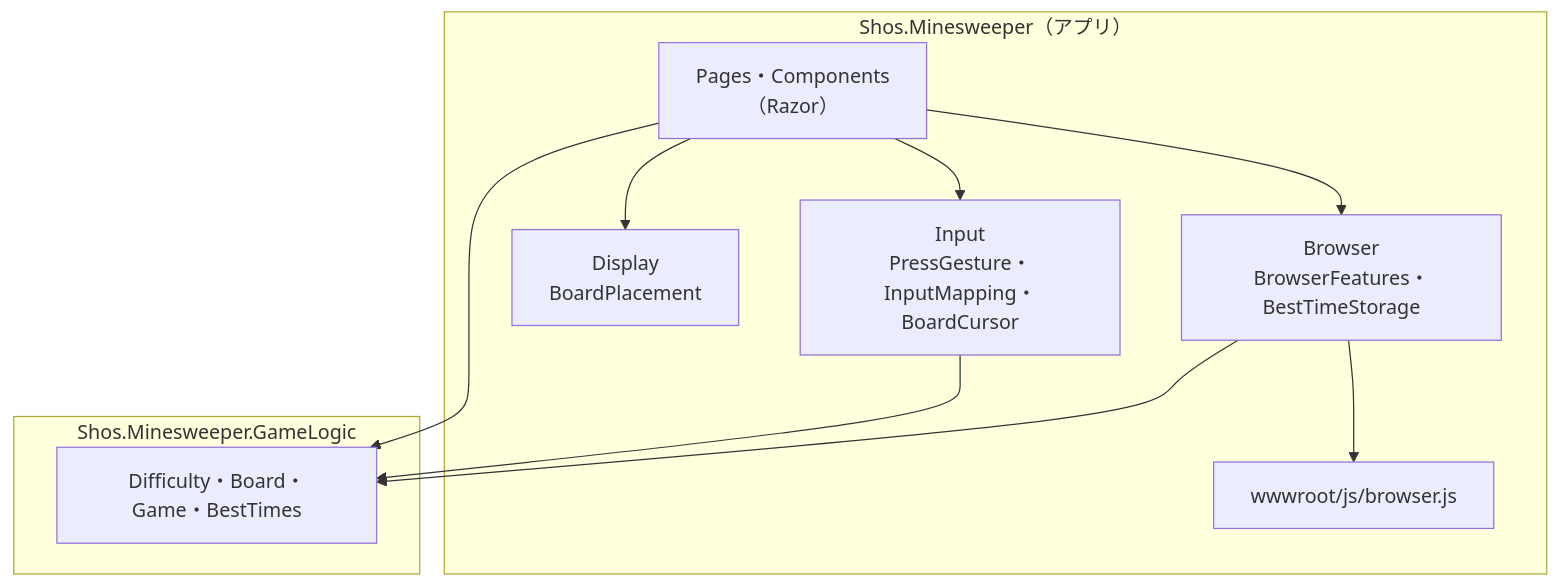
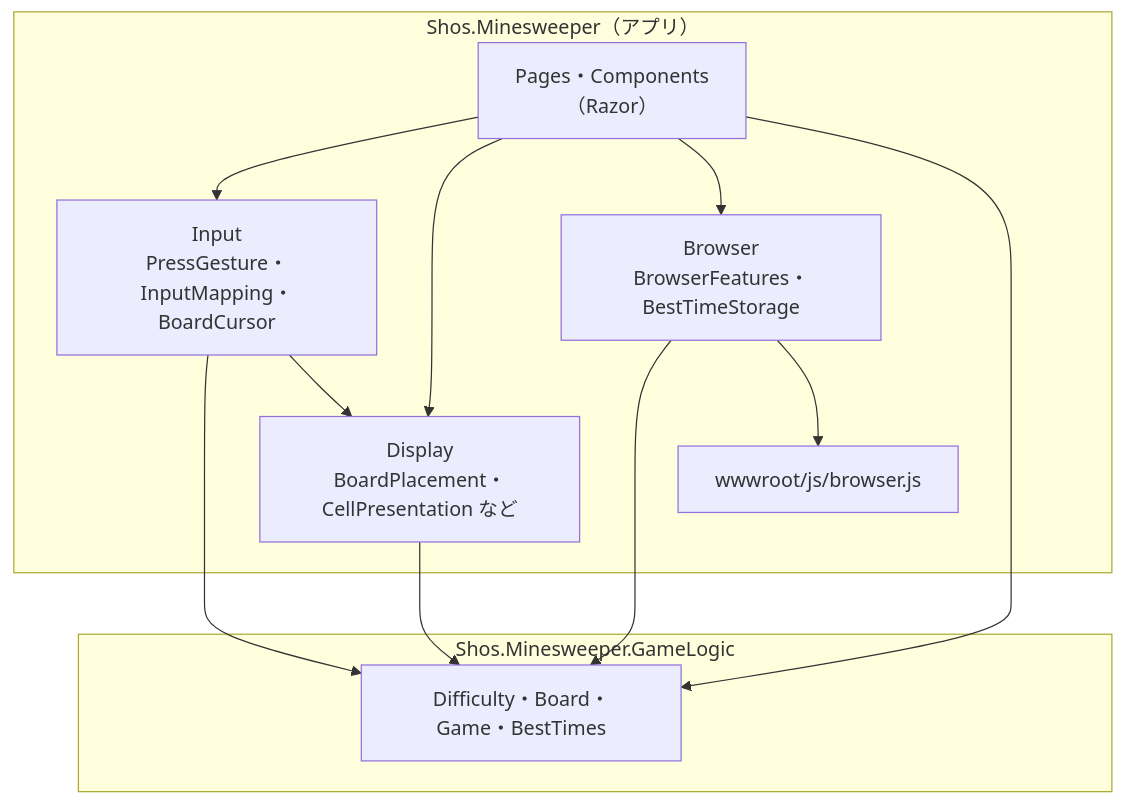
One commit to Fujiwo/Shos.Minesweeper changed the third of 10 diagrams in docs/04-architecture.md. Above: the diagram before and after it, drawn with Mermaid. The commit also changed other lines of this file and 5 other files, not shown here.

````diff
--- a/docs/04-architecture.md
+++ b/docs/04-architecture.md
@@ -113,20 +113,22 @@
 ```mermaid
 flowchart TB
     subgraph AppProject["Shos.Minesweeper（アプリ）"]
         Components["Pages・Components<br/>（Razor）"]
         Input["Input<br/>PressGesture・InputMapping・BoardCursor"]
-        Display["Display<br/>BoardPlacement"]
+        Display["Display<br/>BoardPlacement・CellPresentation など"]
         BrowserFolder["Browser<br/>BrowserFeatures・BestTimeStorage"]
         Js["wwwroot/js/browser.js"]
     end
     subgraph GameLogicProject["Shos.Minesweeper.GameLogic"]
         Logic["Difficulty・Board・Game・BestTimes"]
     end
     Components --> Input
     Components --> Display
     Components --> BrowserFolder
     Components --> Logic
     Input --> Logic
+    Input --> Display
+    Display --> Logic
     BrowserFolder --> Logic
     BrowserFolder --> Js
 ```
````
